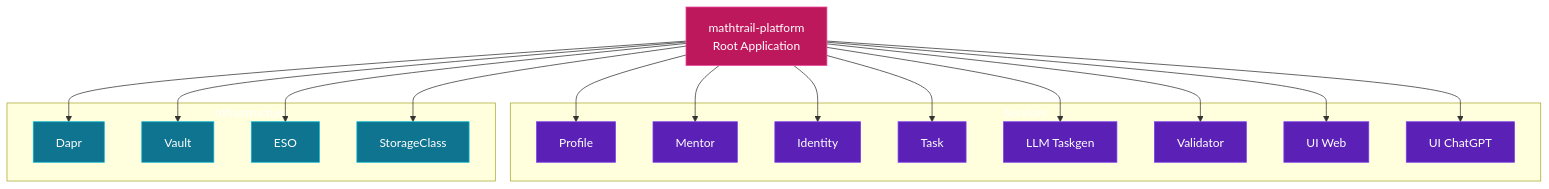
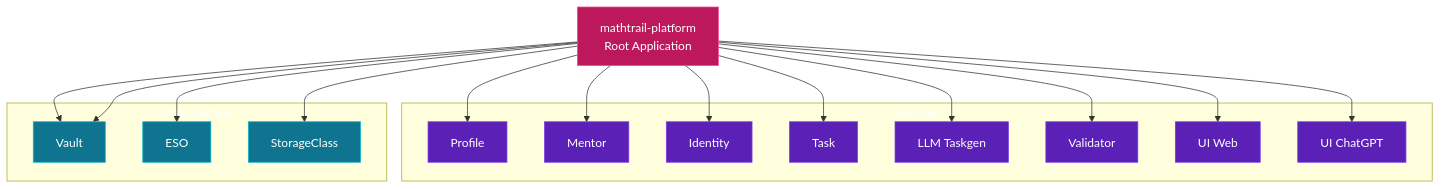
Before and after one commit to MathTrail/core: the third of 3 diagrams in docs/architecture/deployment.md, drawn with Mermaid. The commit also changed other lines of this file and 10 other files, not shown here.

````diff
--- a/docs/architecture/deployment.md
+++ b/docs/architecture/deployment.md
@@ -110,43 +110,42 @@
 ```mermaid
 graph TD
     ROOT[mathtrail-platform<br/>Root Application]
 
     subgraph Services
         P[Profile]
         M[Mentor]
         I[Identity]
         T[Task]
         LLM[LLM Taskgen]
         V[Validator]
         UW[UI Web]
         UC[UI ChatGPT]
     end
 
     subgraph Infrastructure
-        D[Dapr]
         VLT[Vault]
         E[ESO]
         SC[StorageClass]
     end
 
     ROOT --> P
     ROOT --> M
     ROOT --> I
     ROOT --> T
     ROOT --> LLM
     ROOT --> V
     ROOT --> UW
     ROOT --> UC
-    ROOT --> D
+    ROOT --> VLT
     ROOT --> VLT
     ROOT --> E
     ROOT --> SC
 
     classDef root fill:#be185d,stroke:#ec4899,color:#fff
     classDef svc fill:#5b21b6,stroke:#7c3aed,color:#fff
     classDef infra fill:#0e7490,stroke:#06b6d4,color:#fff
 
     class ROOT root
     class P,M,I,T,LLM,V,UW,UC svc
     class D,VLT,E,SC infra
 ```
````
